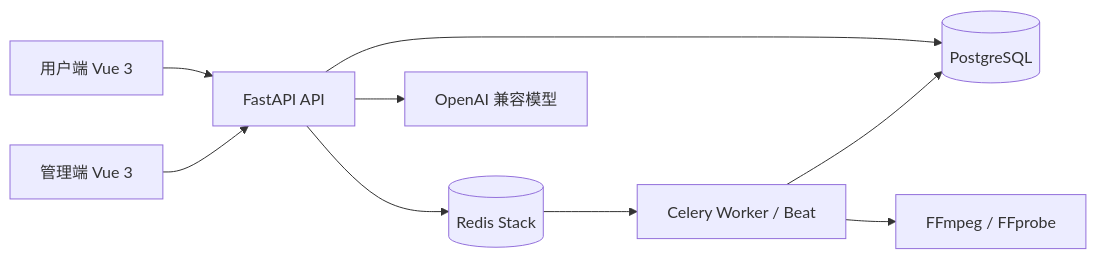
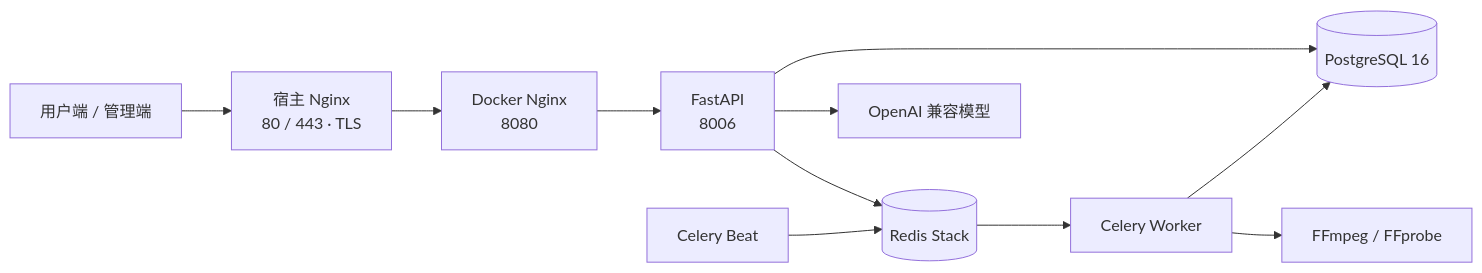
Before and after one commit to LeonZhang778/ai-interview-shangxian: the diagram in README.md, drawn with Mermaid. The commit also changed other lines of this file and 3 other files, not shown here.

````diff
--- a/README.md
+++ b/README.md
@@ -43,11 +57,13 @@
 ```mermaid
 flowchart LR
-    web[用户端 Vue 3] --> api[FastAPI API]
-    admin[管理端 Vue 3] --> api
-    api --> db[(PostgreSQL)]
+    browser[用户端 / 管理端] --> hostnginx[宿主 Nginx<br/>80 / 443 · TLS]
+    hostnginx --> webnginx[Docker Nginx<br/>8080]
+    webnginx --> api[FastAPI<br/>8006]
+    api --> pg[(PostgreSQL 16)]
     api --> redis[(Redis Stack)]
-    api --> model[OpenAI 兼容模型]
-    redis --> worker[Celery Worker / Beat]
-    worker --> db
+    api --> llm[OpenAI 兼容模型]
+    redis --> worker[Celery Worker]
+    beat[Celery Beat] --> redis
+    worker --> pg
     worker --> ffmpeg[FFmpeg / FFprobe]
 ```
````
